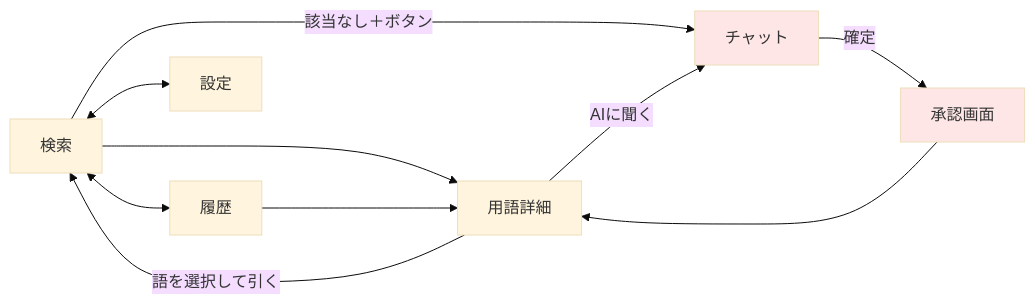
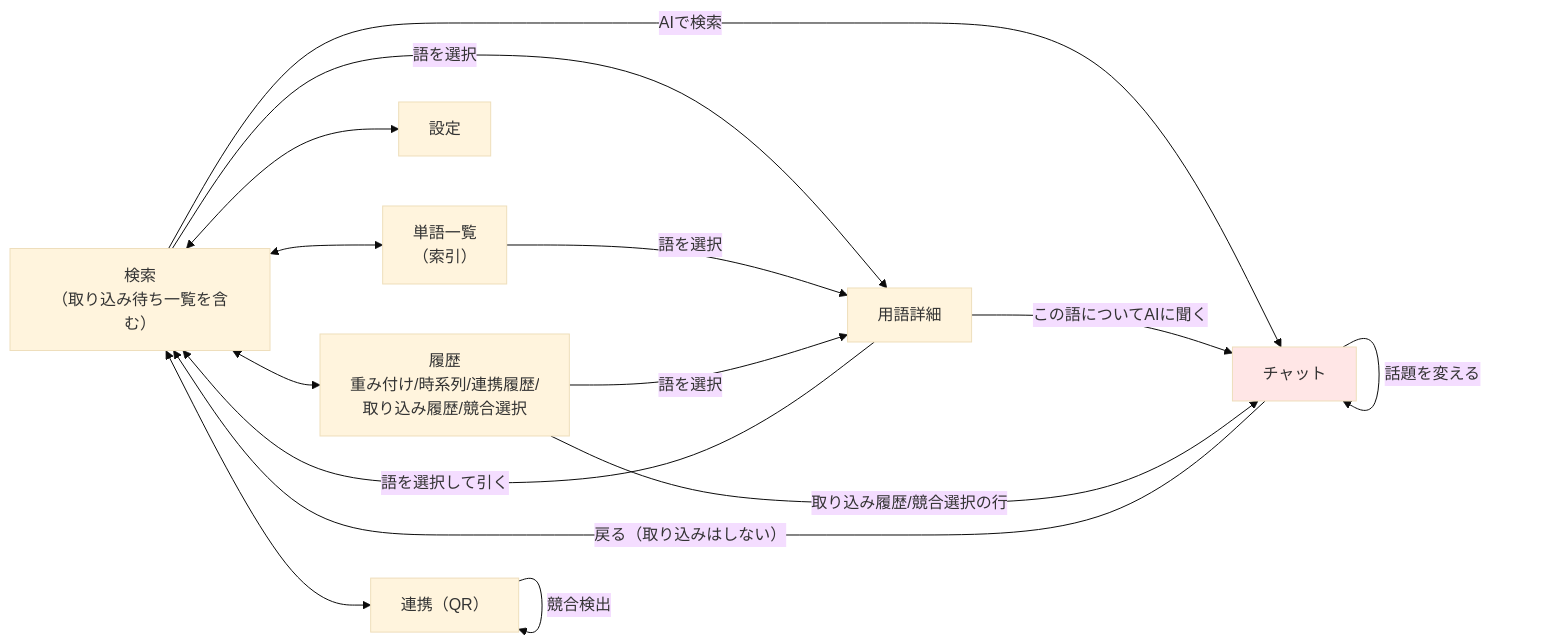
One commit to doryu0-04092/IT-Index changed the eighth of 8 diagrams in docs/architecture.md. Above: the diagram before and after it, drawn with Mermaid (base theme). The commit also changed other lines of this file and 229 other files, not shown here.

````diff
--- a/docs/architecture.md
+++ b/docs/architecture.md
@@ -399,15 +459,27 @@
 ```mermaid
 flowchart LR
-    HOME["検索"] --> DETAIL["用語詳細"]
-    HOME -->|該当なし＋ボタン| CHAT["チャット"]
-    DETAIL -->|AIに聞く| CHAT
+    HOME["検索<br/>（取り込み待ち一覧を含む）"]
+    DETAIL["用語詳細"]
+    INDEX["単語一覧<br/>（索引）"]
+    CHAT["チャット"]
+    HIST["履歴<br/>重み付け/時系列/連携履歴/<br/>取り込み履歴/競合選択"]
+    SET["設定"]
+    LINK["連携（QR）"]
+
+    HOME -->|語を選択| DETAIL
+    HOME -->|AIで検索| CHAT
+    DETAIL -->|この語についてAIに聞く| CHAT
     DETAIL -->|語を選択して引く| HOME
-    CHAT -->|確定| APPROVE["承認画面"]
-    APPROVE --> DETAIL
-    HOME <--> HIST["履歴"]
-    HIST --> DETAIL
-    HOME <--> SET["設定"]
+    INDEX -->|語を選択| DETAIL
+    CHAT -->|話題を変える| CHAT
+    CHAT -->|戻る（取り込みはしない）| HOME
+    HIST -->|語を選択| DETAIL
+    HIST -->|取り込み履歴/競合選択の行| CHAT
+    HOME <--> HIST
+    HOME <--> INDEX
+    HOME <--> SET
+    HOME <--> LINK
+    LINK -->|競合検出| LINK
 
     style CHAT fill:#ffe6e6
-    style APPROVE fill:#ffe6e6
 ```
````
